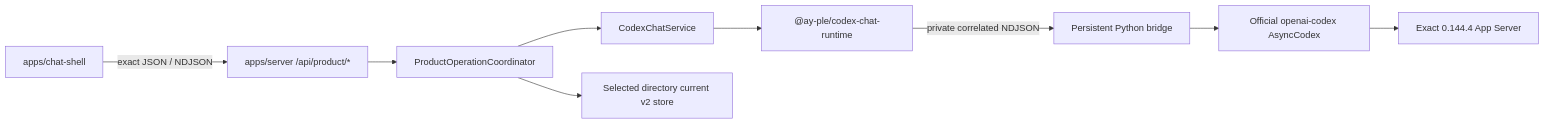
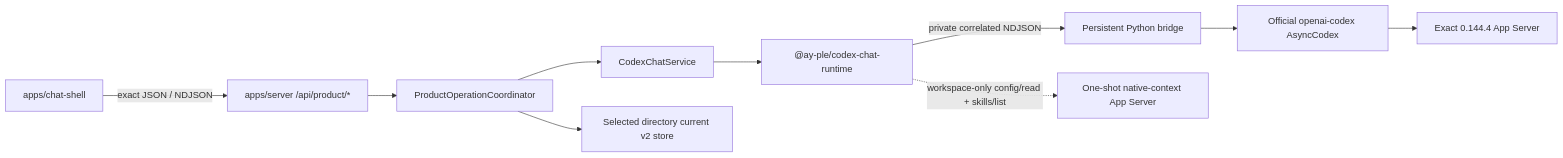
One commit to Mureung1/hub-showcase changed the diagram in docs/architecture/codex-chat-implementation-map.md. Above: the diagram before and after it, drawn with Mermaid. The commit also changed other lines of this file and 22 other files, not shown here.

Commit message:
fix: verify native Codex workspace context

````diff
--- a/docs/architecture/codex-chat-implementation-map.md
+++ b/docs/architecture/codex-chat-implementation-map.md
@@ -47,21 +47,23 @@
 ```mermaid
 flowchart LR
   Shell["apps/chat-shell"]
   ProductHttp["apps/server /api/product/*"]
   Coordinator["ProductOperationCoordinator"]
   Service["CodexChatService"]
   Runtime["@ay-ple/codex-chat-runtime"]
   Python["Persistent Python bridge"]
   SDK["Official openai-codex AsyncCodex"]
   Native["Exact 0.144.4 App Server"]
+  Context["One-shot native-context App Server"]
   Store["Selected directory current v2 store"]
 
   Shell -->|"exact JSON / NDJSON"| ProductHttp
   ProductHttp --> Coordinator
   Coordinator --> Store
   Coordinator --> Service
   Service --> Runtime
   Runtime -->|"private correlated NDJSON"| Python
   Python --> SDK
   SDK --> Native
+  Runtime -.->|"workspace-only config/read + skills/list"| Context
 ```
````
